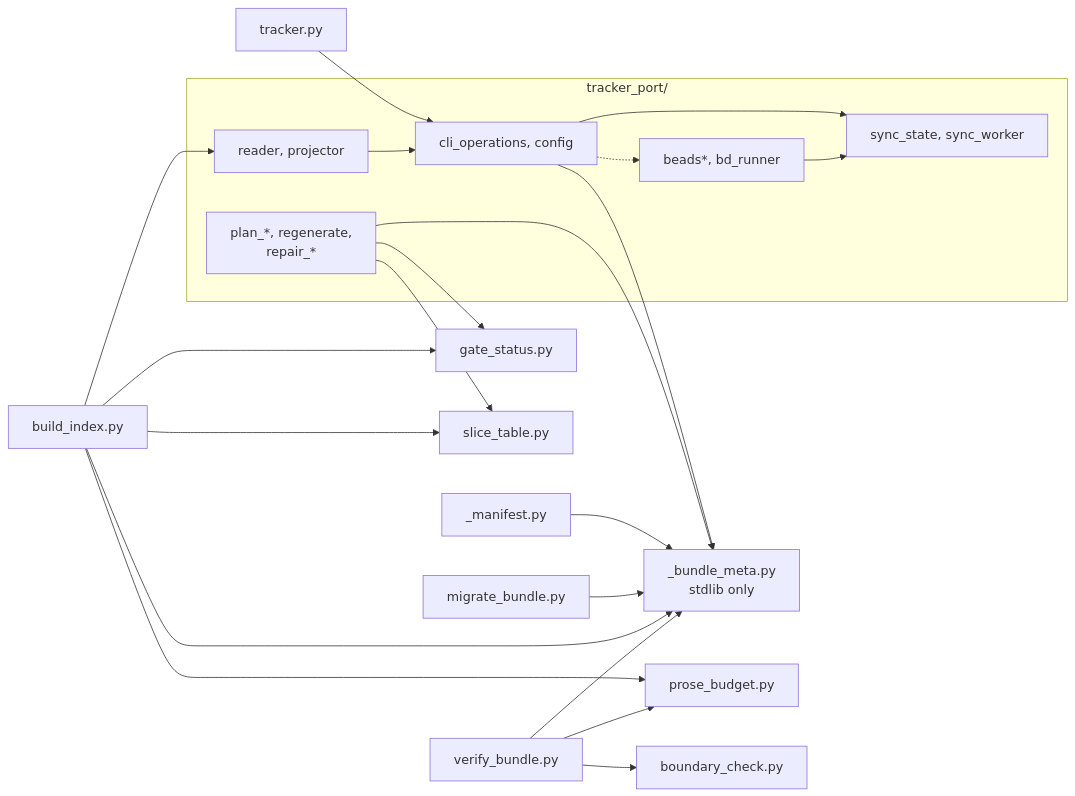
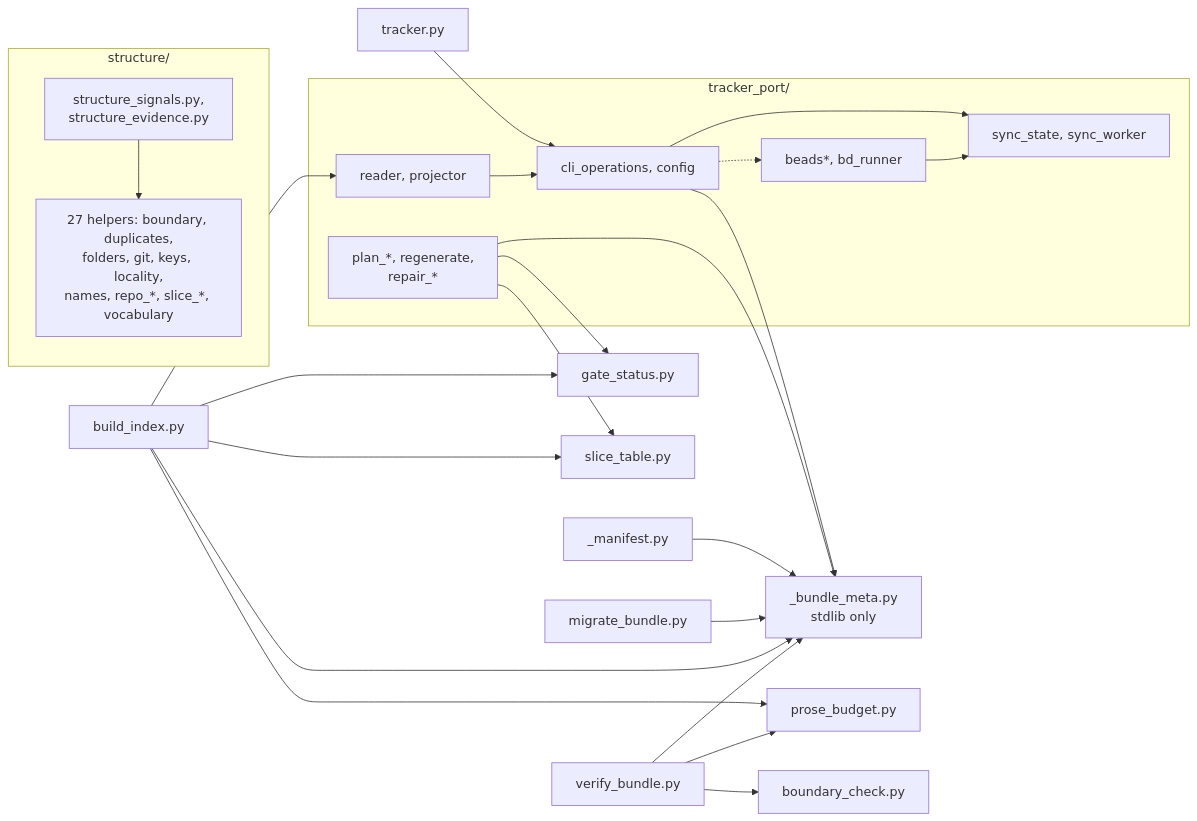
One commit to bjornslib/cobuilder-plugin changed the second of 2 diagrams in docs/architecture/contexts/shared/canvas.md. Above: the diagram before and after it, drawn with Mermaid. The commit also changed other lines of this file and 3 other files, not shown here.

````diff
--- a/docs/architecture/contexts/shared/canvas.md
+++ b/docs/architecture/contexts/shared/canvas.md
@@ -127,40 +131,46 @@
 ```mermaid
 flowchart LR
     bm["_bundle_meta.py<br/>stdlib only"]
     mf["_manifest.py"]
     bi["build_index.py"]
     vb["verify_bundle.py"]
     mg["migrate_bundle.py"]
     gs["gate_status.py"]
     st["slice_table.py"]
     pb["prose_budget.py"]
     bc["boundary_check.py"]
     tc["tracker.py"]
     subgraph tp["tracker_port/"]
         co["cli_operations, config"]
         rd["reader, projector"]
         pr["plan_*, regenerate,<br/>repair_*"]
         bd["beads*, bd_runner"]
         sy["sync_state, sync_worker"]
     end
 
+    subgraph sx["structure/"]
+        ss["structure_signals.py,<br/>structure_evidence.py"]
+        sh["27 helpers: boundary, duplicates,<br/>folders, git, keys, locality,<br/>names, repo_*, slice_*, vocabulary"]
+    end
+
+    ss --> sh
     mf --> bm
     mg --> bm
     bi --> bm
     bi --> gs
     bi --> st
     bi --> pb
     bi --> rd
     vb --> bm
     vb --> pb
     vb --> bc
     tc --> co
     co --> bm
     co --> sy
     rd --> co
     pr --> gs
     pr --> st
     pr --> bm
     co -.-> bd
     bd --> sy
 ```
````
